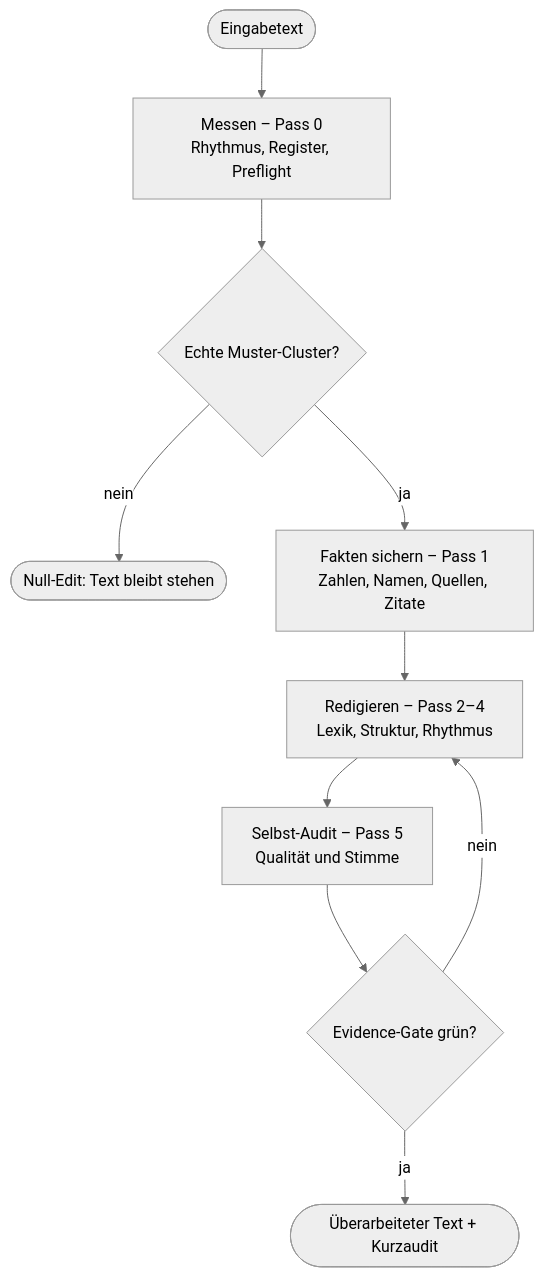
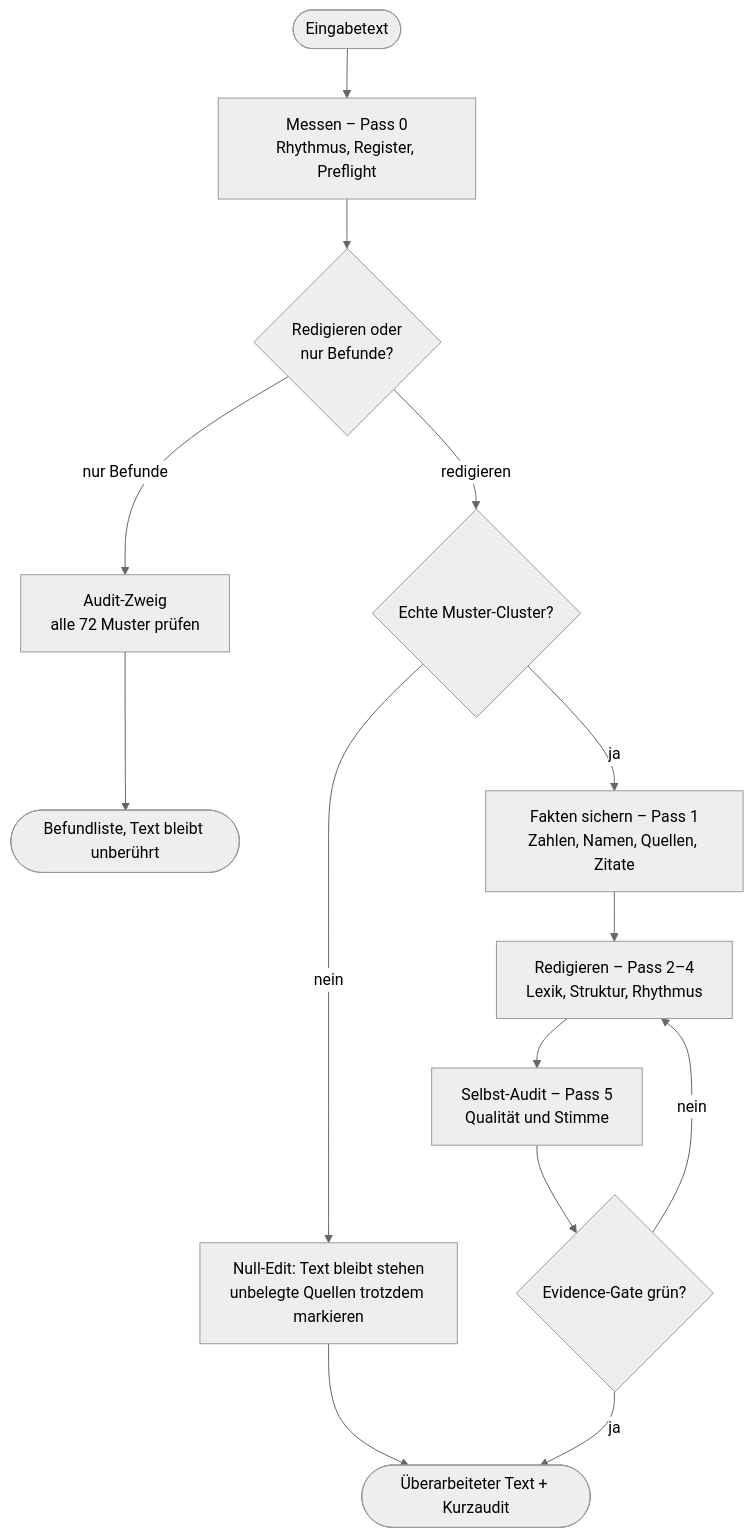
One commit to F-DK/humanizer-de changed the diagram in README.md. Above: the diagram before and after it, drawn with Mermaid (neutral theme). The commit also changed 1 other file, not shown here.

Commit message:
docs: bring the README flowchart back in sync, and guard it
The diagram drifted twice without anyone noticing. The null-edit branch still
ended at 'text stays as it is', but since 5.13.0 unverified sources are marked
even then -- the one skill behaviour that survived every model change in this
month's measurements. The audit branch, added in 5.15.0, was missing entirely:
readers saw only the editing path.

Both are in now, and a guard keeps them there. It checks that each concept
appears while SKILL.md carries it, and that no branch ends in a dead end --
which is what the null-edit ast was. Verified against three manipulations: a
cut null-edit edge, a renamed audit branch, and a removed marking note all
make it fail. Not checking individual pass numbers: the diagram folds passes
2-4 into one box on purpose.

````diff
--- a/README.md
+++ b/README.md
@@ -560,12 +560,16 @@
 ```mermaid
 flowchart TD
     T([Eingabetext]) --> M["Messen – Pass 0<br/>Rhythmus, Register, Preflight"]
-    M --> C{"Echte Muster-Cluster?"}
-    C -- nein --> N([Null-Edit: Text bleibt stehen])
+    M --> Z{"Redigieren oder<br/>nur Befunde?"}
+    Z -- "nur Befunde" --> AU["Audit-Zweig<br/>alle 72 Muster prüfen"]
+    AU --> B([Befundliste, Text bleibt unberührt])
+    Z -- redigieren --> C{"Echte Muster-Cluster?"}
+    C -- nein --> N["Null-Edit: Text bleibt stehen<br/>unbelegte Quellen trotzdem markieren"]
+    N --> O
     C -- ja --> E["Fakten sichern – Pass 1<br/>Zahlen, Namen, Quellen, Zitate"]
     E --> R["Redigieren – Pass 2–4<br/>Lexik, Struktur, Rhythmus"]
     R --> A["Selbst-Audit – Pass 5<br/>Qualität und Stimme"]
     A --> G{"Evidence-Gate grün?"}
     G -- nein --> R
     G -- ja --> O([Überarbeiteter Text + Kurzaudit])
 ```
````
